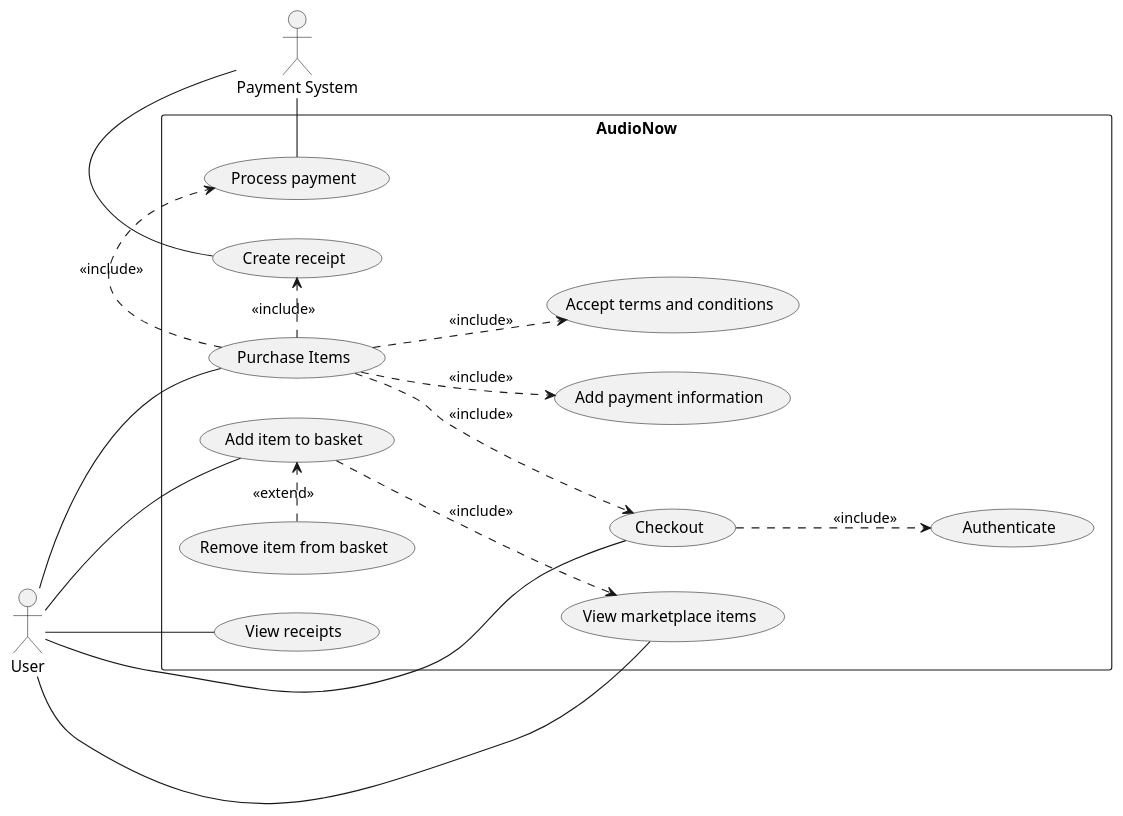
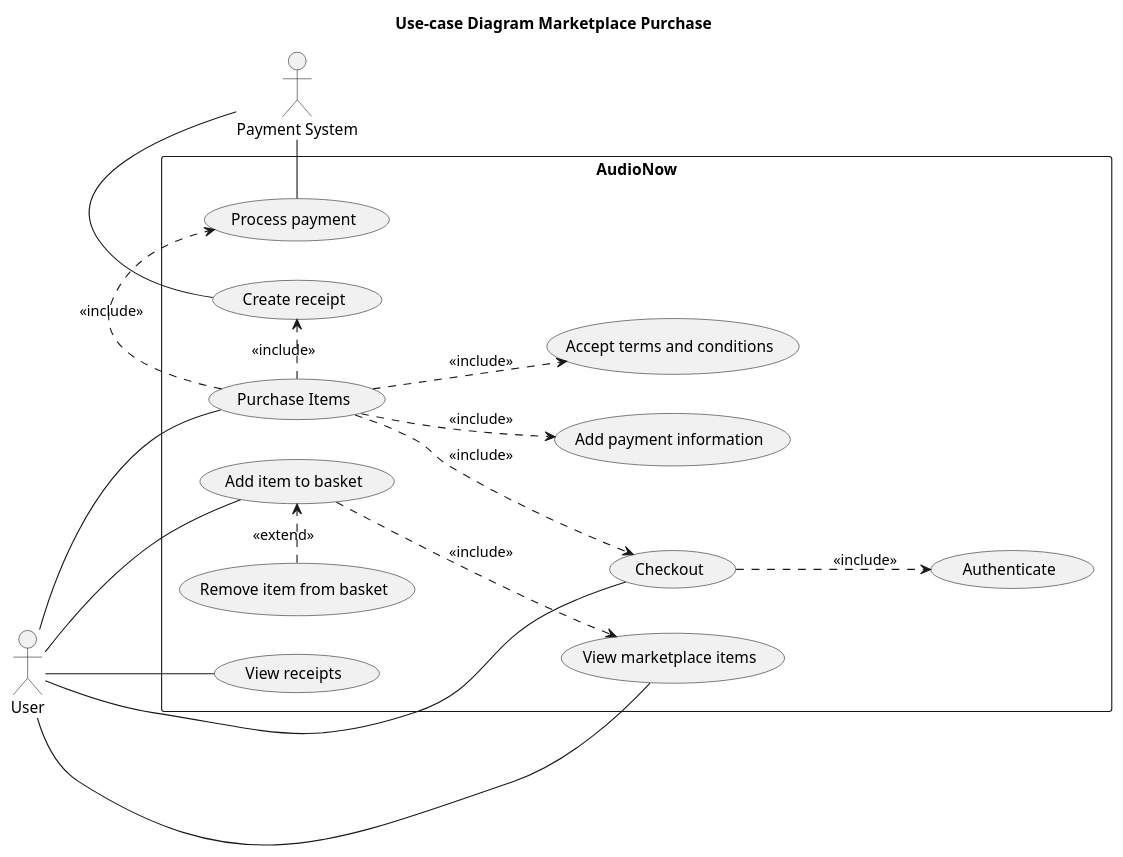
One commit to Dorfultariant/semm-diagrams changed the diagram in Purchase/usecase.puml. Above: the diagram before and after it, drawn with PlantUML. The commit also changed 17 other files, not shown here.

Commit message:
Updated the purchase and voiceroom use-case diagrams with titles.

```diff
--- a/Purchase/usecase.puml
+++ b/Purchase/usecase.puml
@@ -1,56 +1,58 @@
 @startuml UseCaseMarketplacePurchase
+
+title Use-case Diagram Marketplace Purchase
 
 left to right direction
 
 actor "User" as U
 actor "Payment System" as P
 
 '' Process roughly derived from Acceptance criteria of the requirements: 
 '' Authentication and Item Purchase 
 rectangle "AudioNow" {
   usecase "Authenticate" as UC1
 
   usecase "View marketplace items" as UC2
   usecase "Add item to basket" as UC3
   usecase "Remove item from basket" as UC4
   usecase "Checkout" as UC5
   usecase "Add payment information" as UC6
   usecase "Accept terms and conditions" as UC7
   usecase "Purchase Items" as UC8
   usecase "View receipts" as UC9
   
   usecase "Process payment" as UC10
   usecase "Create receipt" as UC11
 
 }
 
 '' Direct main actions between case and actor
 U -- UC2
 U -- UC3
 U -- UC5
 U -- UC8
 U -- UC9
 
 P -left- UC10
 P -left- UC11
 
 '' When purchase is made, payment is processed and receipt is created 
 UC8 .-right-.> UC10 : <<include>>
 UC8 .-right-.> UC11 : <<include>>
 
 ''src: https://blog.visual-paradigm.com/include-and-extend-use-cases/
 '' extending relations for the user interactable use-cases
 '' To be able to add items to basket, you need to view them first
 UC3 ..> UC2 : <<include>>
 '' Prerequisite for purchasing is adding the payment information
 UC8 ..> UC6 : <<include>>
 '' Prerequisite for purchasing is accepting conditions
 UC8 ..> UC7 : <<include>>
 '' Prerequisite for purchasing is moving through checkout
 UC8 ..> UC5 : <<include>>
 '' Prerequisite for moving to checkout is authentication 
 UC5 ..> UC1 : <<include>>
 '' If item can be added, it should be also removable but its not a prerequisite
 UC4 .-right-.> UC3 : <<extend>>
 
 @enduml
```
